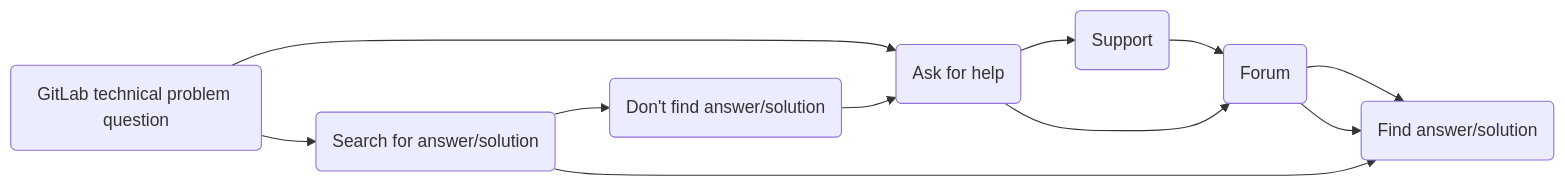
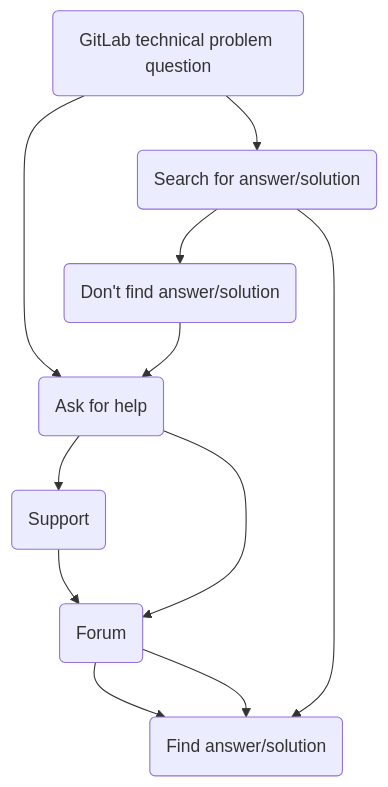
The third of 4 diagrams in support/workflows/community-support.html.md (secretstartups/handbook), drawn with Mermaid before and after one commit. The commit also changed other lines of this file, not shown here.

````diff
--- a/support/workflows/community-support.html.md
+++ b/support/workflows/community-support.html.md
@@ -176,10 +162,10 @@
 ```mermaid
-graph LR
+graph TD
   A(GitLab technical problem question)
   A --> C(Ask for help)
   A --> D(Search for answer/solution)
   C --> 1a(Support) --> 1b --> E
   C --> 1b(Forum) --> E
   D --> E(Find answer/solution)
   D --> F(Don't find answer/solution) --> C(Ask for help)
 ```
````
